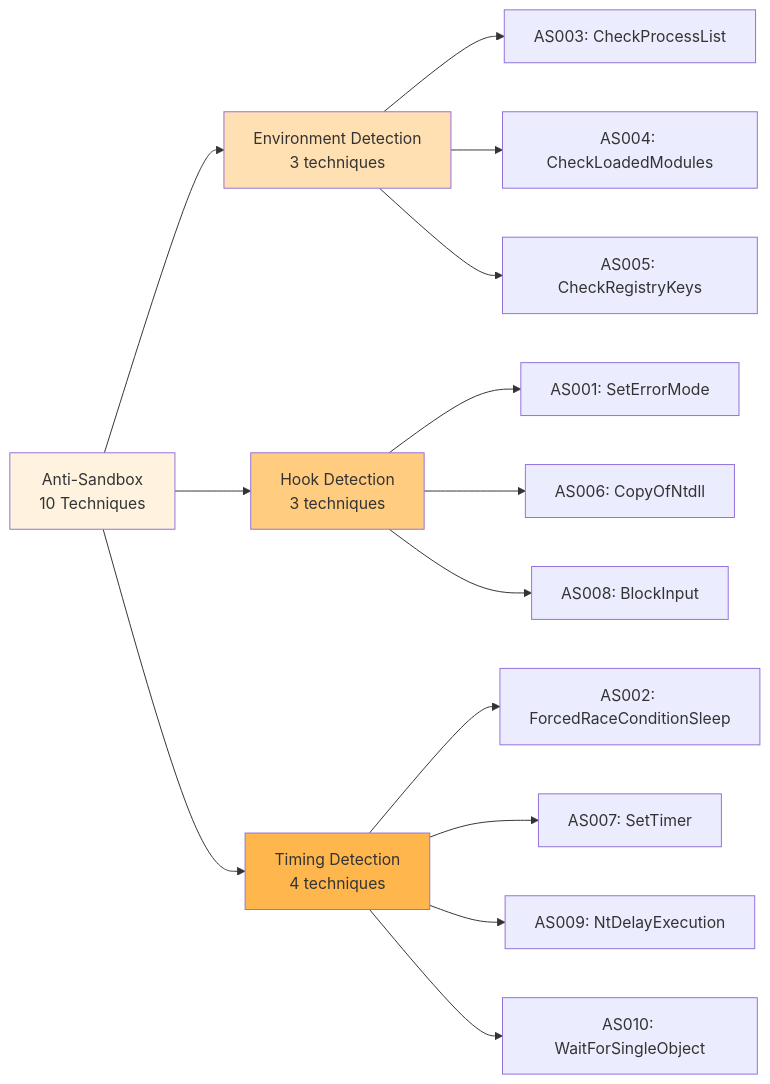
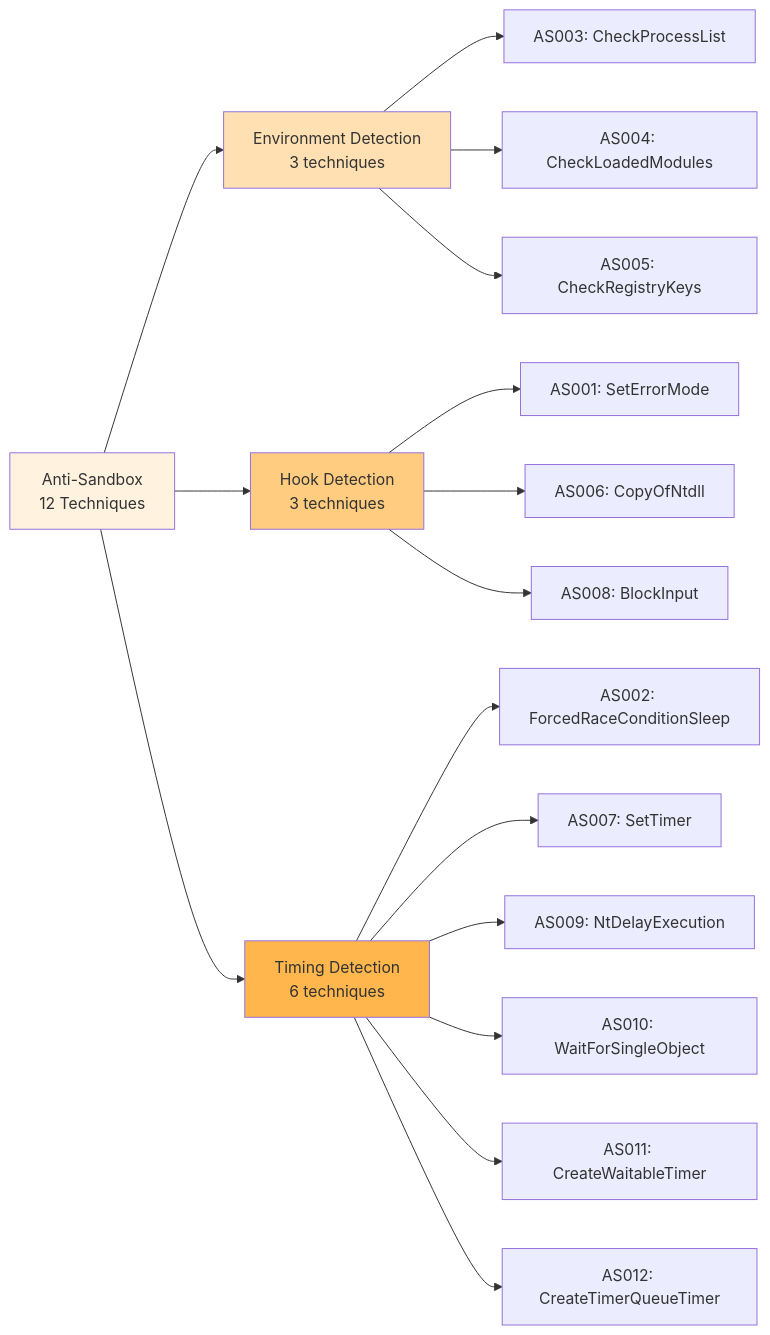
Before and after one commit to mabj/anti: the fourth of 8 diagrams in docs/diagrams/taxonomy.md, drawn with Mermaid. The commit also changed other lines of this file and 11 other files, not shown here.

Commit message:
Adding 2 time-based anti-sandbox techniques AS011 and AS012

````diff
--- a/docs/diagrams/taxonomy.md
+++ b/docs/diagrams/taxonomy.md
@@ -127,26 +127,28 @@
 ```mermaid
 graph LR
-    AS[Anti-Sandbox<br/>10 Techniques]
+    AS[Anti-Sandbox<br/>12 Techniques]
 
     AS --> ENV[Environment Detection<br/>3 techniques]
     AS --> HOOK[Hook Detection<br/>3 techniques]
-    AS --> TIME[Timing Detection<br/>4 techniques]
+    AS --> TIME[Timing Detection<br/>6 techniques]
 
     ENV --> ENV1[AS003: CheckProcessList]
     ENV --> ENV2[AS004: CheckLoadedModules]
     ENV --> ENV3[AS005: CheckRegistryKeys]
 
     HOOK --> HOOK1[AS001: SetErrorMode]
     HOOK --> HOOK2[AS006: CopyOfNtdll]
     HOOK --> HOOK3[AS008: BlockInput]
 
     TIME --> TIME1[AS002: ForcedRaceConditionSleep]
     TIME --> TIME2[AS007: SetTimer]
     TIME --> TIME3[AS009: NtDelayExecution]
     TIME --> TIME4[AS010: WaitForSingleObject]
+    TIME --> TIME5[AS011: CreateWaitableTimer]
+    TIME --> TIME6[AS012: CreateTimerQueueTimer]
 
     style AS fill:#fff3e0
     style ENV fill:#ffe0b2
     style HOOK fill:#ffcc80
     style TIME fill:#ffb74d
 ```
````
